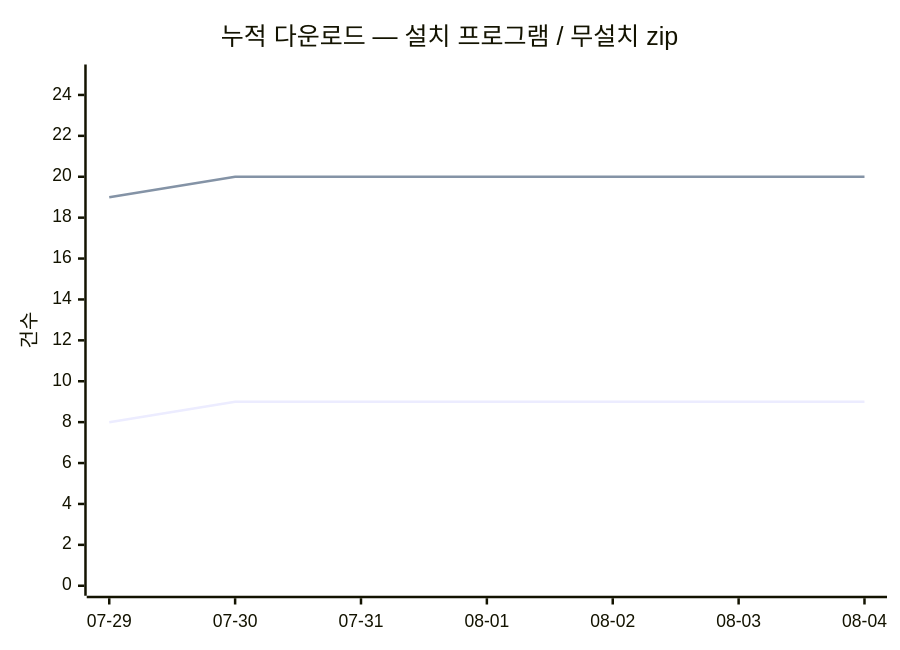
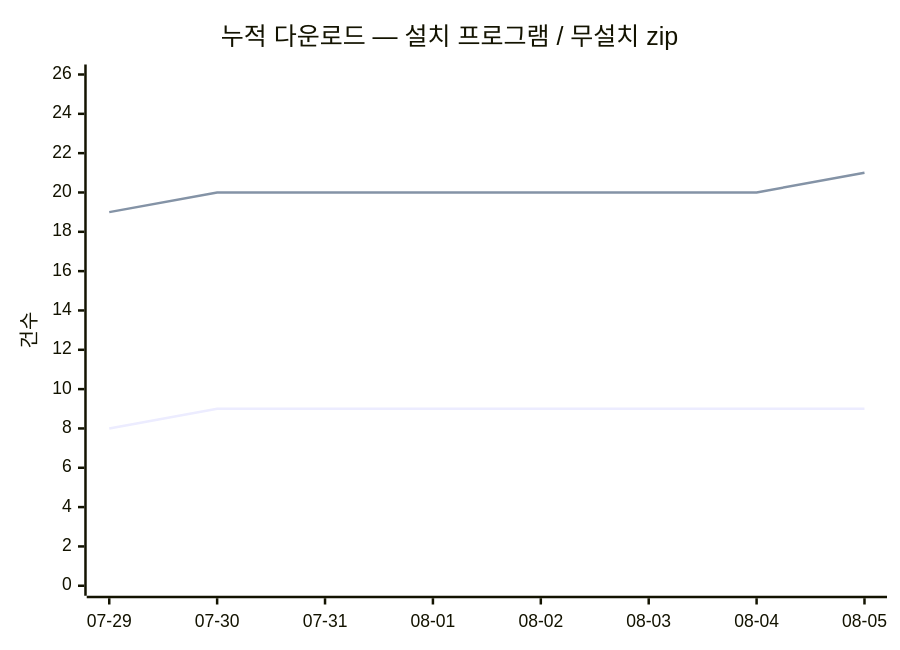
The diagram in README.md (dodaseo/ibis-releases), drawn with Mermaid before and after one commit. The commit also changed other lines of this file and 2 other files, not shown here.

Commit message:
chore(stats): 다운로드 스냅숏 2026-08-05

````diff
--- a/README.md
+++ b/README.md
@@ -132,8 +132,8 @@
 ```mermaid
 xychart-beta
     title "누적 다운로드 — 설치 프로그램 / 무설치 zip"
-    x-axis [07-29, 07-30, 07-31, 08-01, 08-02, 08-03, 08-04]
-    y-axis "건수" 0 --> 25
-    line [8, 9, 9, 9, 9, 9, 9]
-    line [19, 20, 20, 20, 20, 20, 20]
+    x-axis [07-29, 07-30, 07-31, 08-01, 08-02, 08-03, 08-04, 08-05]
+    y-axis "건수" 0 --> 26
+    line [8, 9, 9, 9, 9, 9, 9, 9]
+    line [19, 20, 20, 20, 20, 20, 20, 21]
 ```
````
